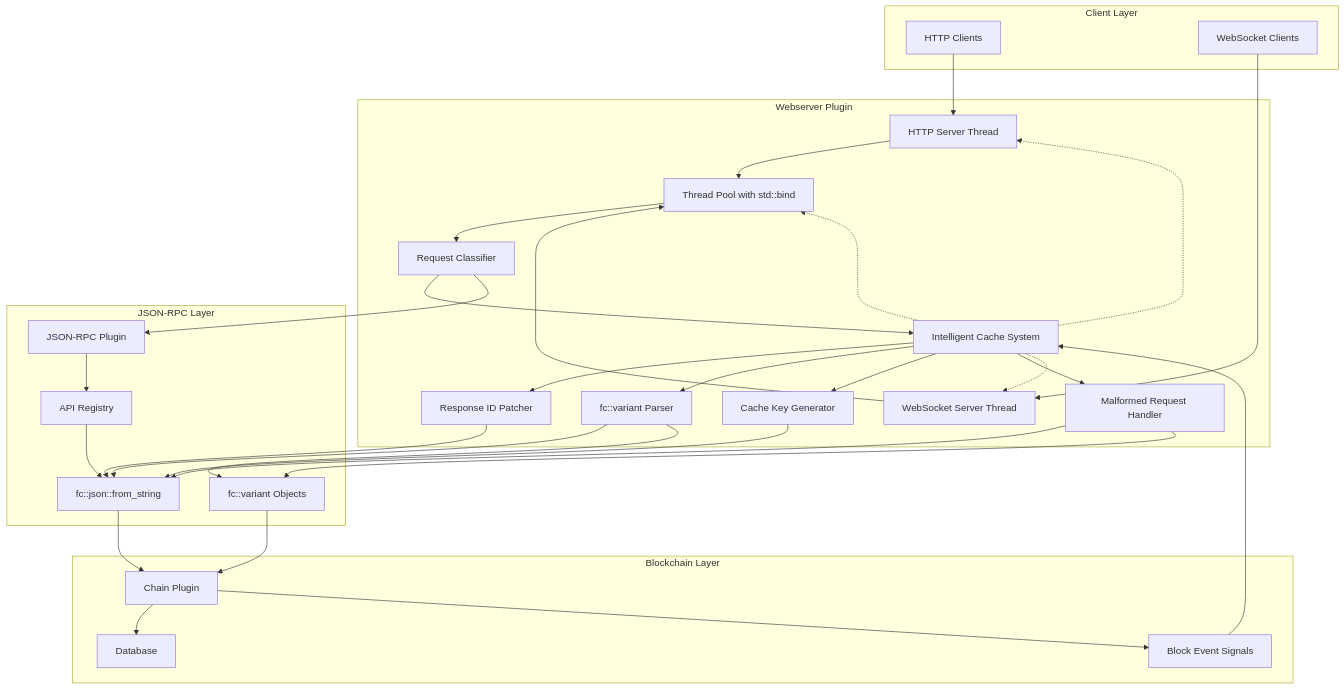
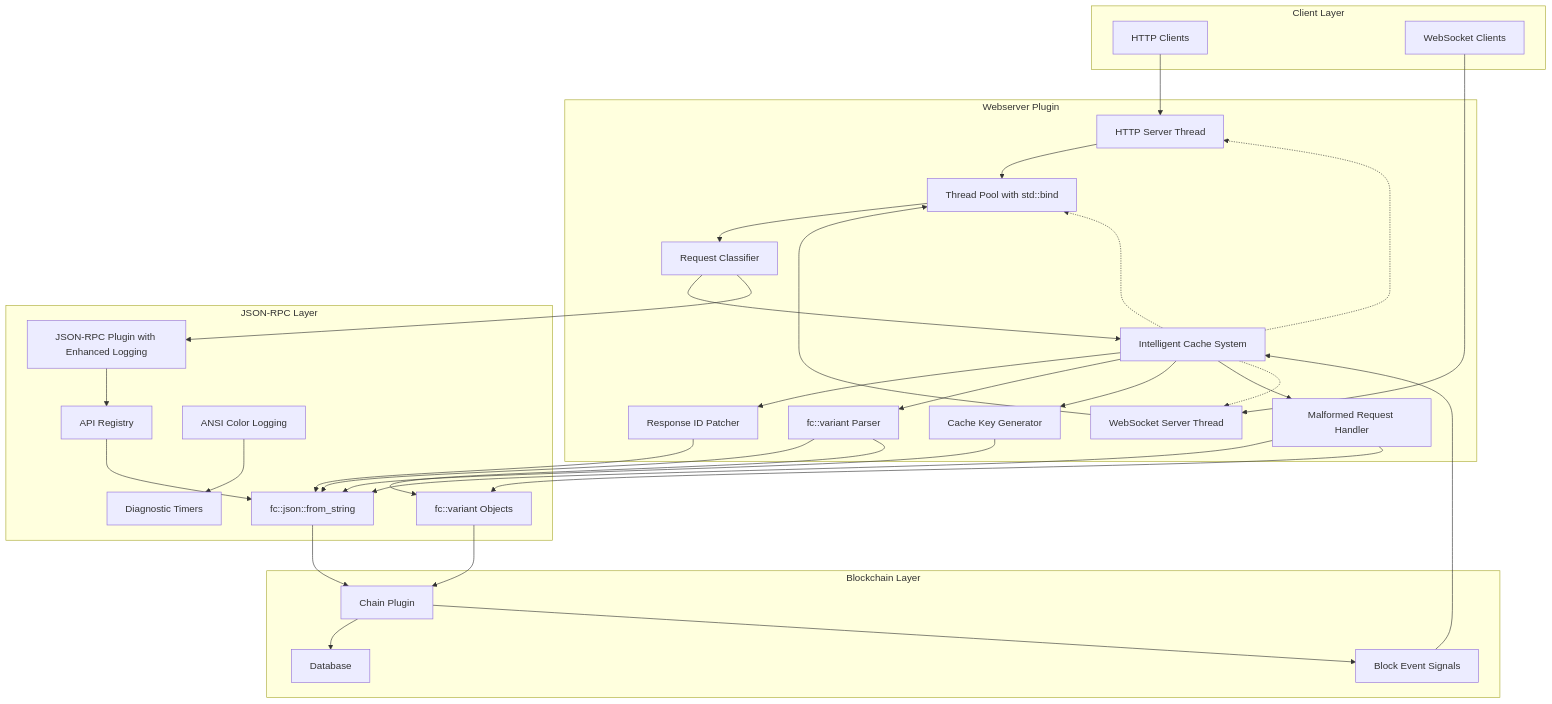
Before and after one commit to VIZ-Blockchain/viz-cpp-node: the second of 13 diagrams in .qoder/repowiki/en/content/Webserver Plugin.md, drawn with Mermaid. The commit also changed other lines of this file and 9 other files, not shown here.

````diff
--- a/.qoder/repowiki/en/content/Webserver Plugin.md
+++ b/.qoder/repowiki/en/content/Webserver Plugin.md
@@ -101,56 +100,59 @@
 ```mermaid
 graph TB
 subgraph "Client Layer"
 A[HTTP Clients]
 B[WebSocket Clients]
 end
 subgraph "Webserver Plugin"
 C[HTTP Server Thread]
 D[WebSocket Server Thread]
 E[Thread Pool with std::bind]
 F[Intelligent Cache System]
 G[Request Classifier]
 H[fc::variant Parser]
 I[Response ID Patcher]
 J[Cache Key Generator]
 K[Malformed Request Handler]
 end
 subgraph "JSON-RPC Layer"
-L[JSON-RPC Plugin]
+L[JSON-RPC Plugin with Enhanced Logging]
 M[API Registry]
 N[fc::json::from_string]
 O[fc::variant Objects]
+P[ANSI Color Logging]
+Q[Diagnostic Timers]
 end
 subgraph "Blockchain Layer"
-P[Chain Plugin]
-Q[Database]
-R[Block Event Signals]
+R[Chain Plugin]
+S[Database]
+T[Block Event Signals]
 end
 A --> C
 B --> D
 C --> E
 D --> E
 E --> G
 G --> F
 F --> I
 F --> H
 F --> J
 F --> K
 H --> N
 H --> O
 I --> N
 J --> N
 K --> N
 K --> O
 F -.-> C
 F -.-> D
 F -.-> E
 G --> L
 L --> M
 M --> N
-N --> P
-O --> P
+N --> R
+O --> R
+R --> S
+R --> T
+T --> F
 P --> Q
-P --> R
-R --> F
 ```
````
